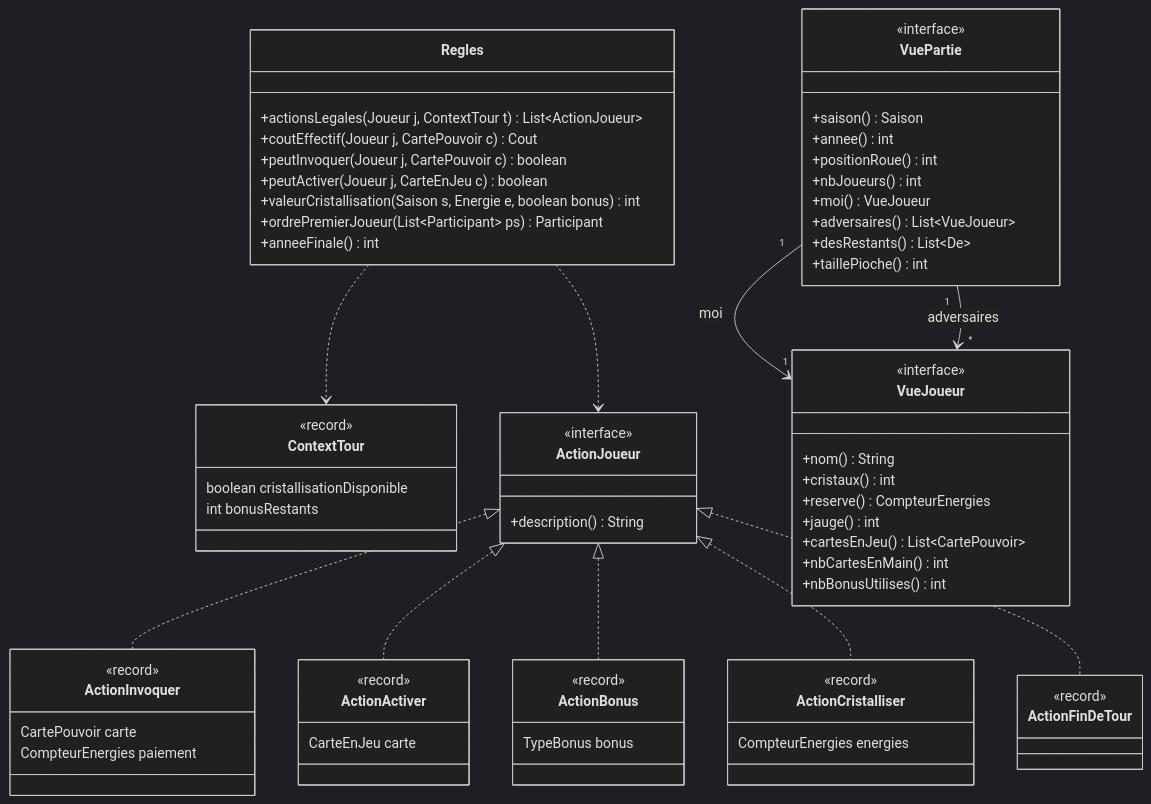
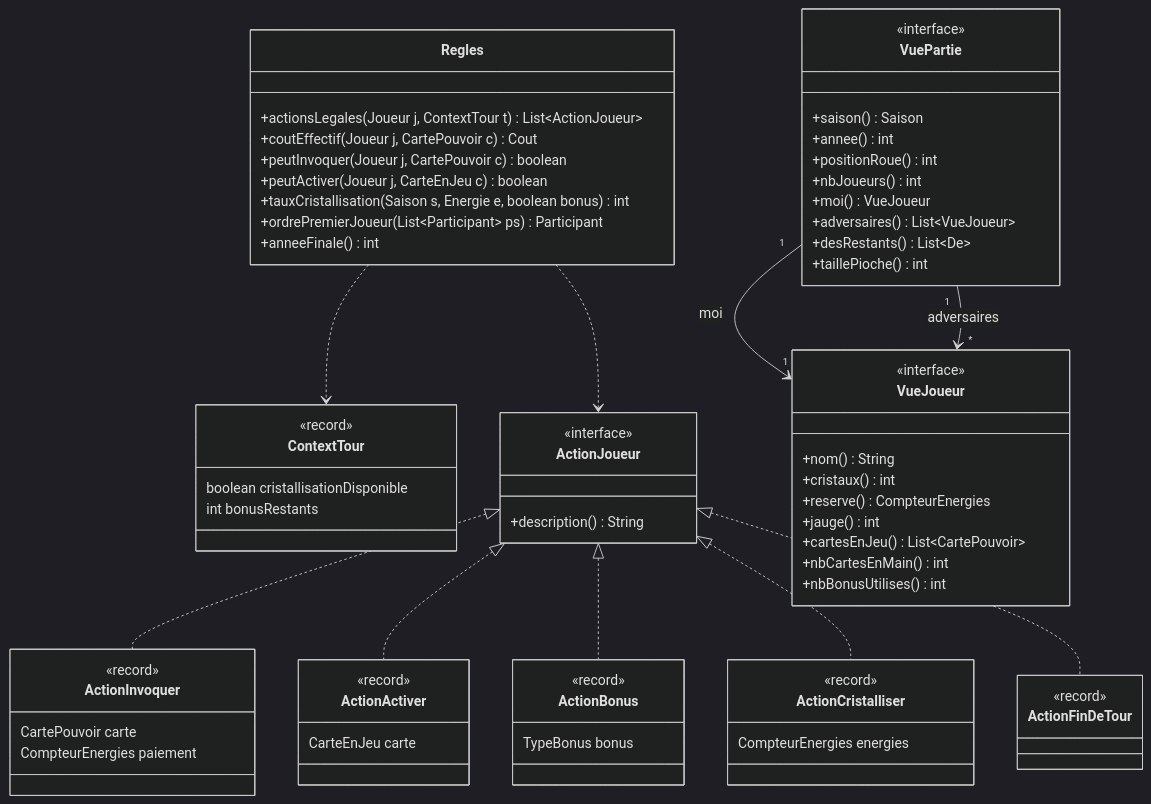
One commit to MARTINA-niels/SAE-SEASON-Depot-personnel changed the second of 3 diagrams in livrable1/sprint1-dossier-conception/docs/05-classes-moteur.md. Above: the diagram before and after it, drawn with Mermaid (dark theme). The commit also changed 14 other files, not shown here.

````diff
--- a/livrable1/sprint1-dossier-conception/docs/05-classes-moteur.md
+++ b/livrable1/sprint1-dossier-conception/docs/05-classes-moteur.md
@@ -76,72 +76,72 @@
 ```mermaid
 classDiagram
     class Regles {
         +actionsLegales(Joueur j, ContextTour t) List~ActionJoueur~
         +coutEffectif(Joueur j, CartePouvoir c) Cout
         +peutInvoquer(Joueur j, CartePouvoir c) boolean
         +peutActiver(Joueur j, CarteEnJeu c) boolean
-        +valeurCristallisation(Saison s, Energie e, boolean bonus) int
+        +tauxCristallisation(Saison s, Energie e, boolean bonus) int
         +ordrePremierJoueur(List~Participant~ ps) Participant
         +anneeFinale() int
     }
     class ContextTour {
         <<record>>
         boolean cristallisationDisponible
         int bonusRestants
     }
     class ActionJoueur {
         <<interface>>
         +description() String
     }
     class ActionInvoquer {
         <<record>>
         CartePouvoir carte
         CompteurEnergies paiement
     }
     class ActionActiver {
         <<record>>
         CarteEnJeu carte
     }
     class ActionBonus {
         <<record>>
         TypeBonus bonus
     }
     class ActionCristalliser {
         <<record>>
         CompteurEnergies energies
     }
     class ActionFinDeTour {
         <<record>>
     }
     class VuePartie {
         <<interface>>
         +saison() Saison
         +annee() int
         +positionRoue() int
         +nbJoueurs() int
         +moi() VueJoueur
         +adversaires() List~VueJoueur~
         +desRestants() List~De~
         +taillePioche() int
     }
     class VueJoueur {
         <<interface>>
         +nom() String
         +cristaux() int
         +reserve() CompteurEnergies
         +jauge() int
         +cartesEnJeu() List~CartePouvoir~
         +nbCartesEnMain() int
         +nbBonusUtilises() int
     }
 
     Regles ..> ActionJoueur
     Regles ..> ContextTour
     ActionJoueur <|.. ActionInvoquer
     ActionJoueur <|.. ActionActiver
     ActionJoueur <|.. ActionBonus
     ActionJoueur <|.. ActionCristalliser
     ActionJoueur <|.. ActionFinDeTour
     VuePartie "1" --> "1" VueJoueur : moi
     VuePartie "1" --> "*" VueJoueur : adversaires
 ```
````
